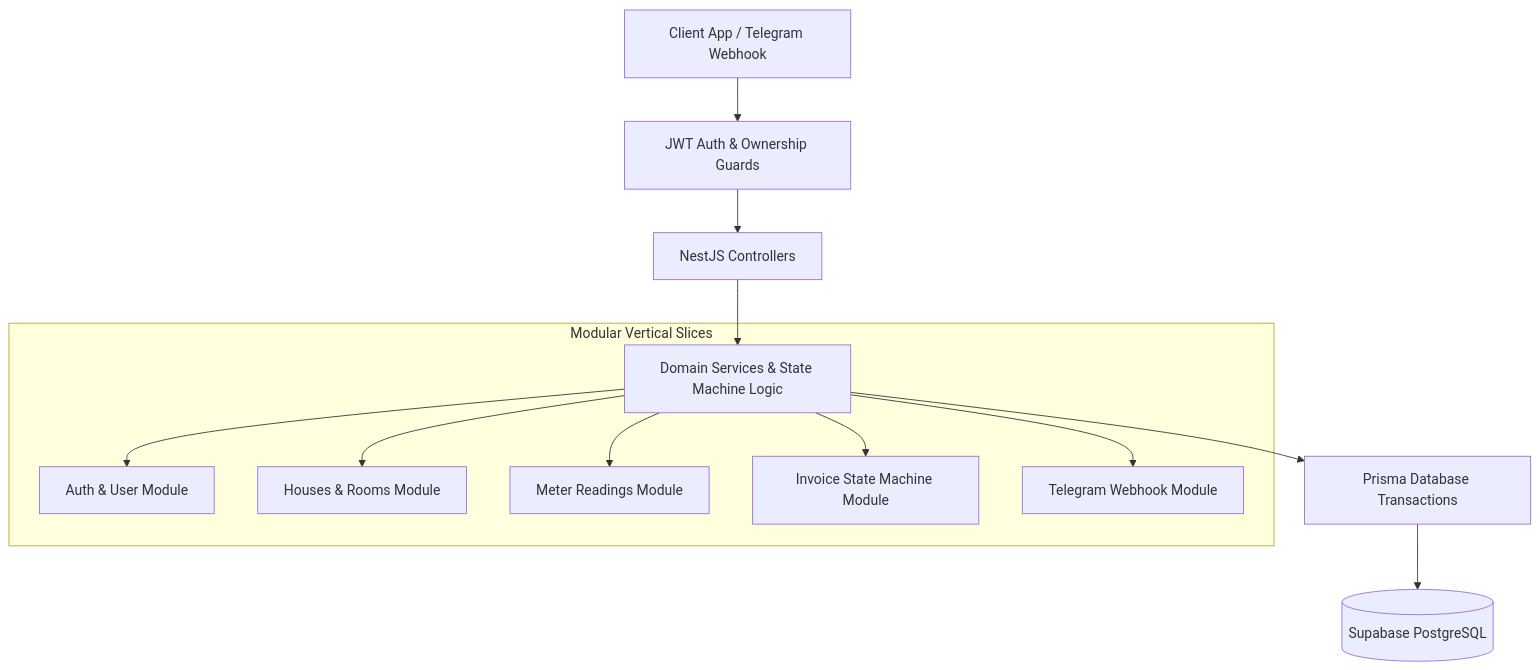
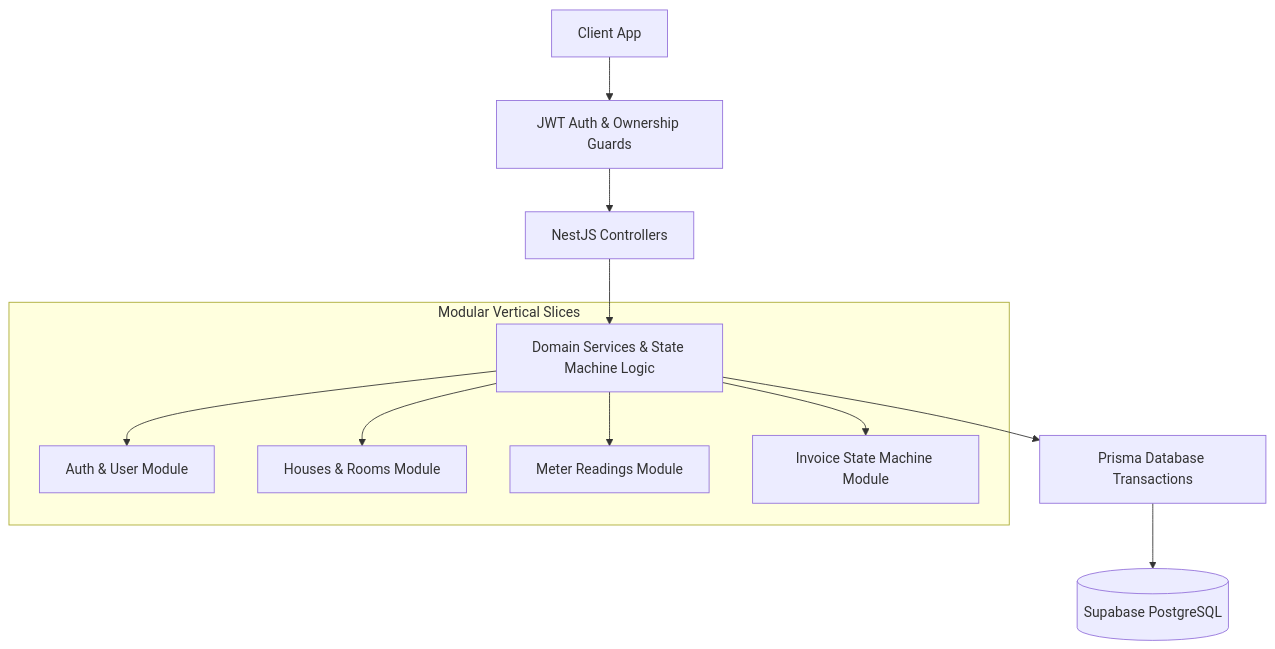
Before and after one commit to huyhhuy1410/boarding-house-manager-nestjs-rmk: the diagram in README.md, drawn with Mermaid. The commit also changed other lines of this file, not shown here.

First line of the commit message:
docs: drop the Telegram bot and room transfer claims

````diff
--- a/README.md
+++ b/README.md
@@ -29,16 +29,15 @@
 ```mermaid
 graph TD
-    Client[Client App / Telegram Webhook] --> Guards[JWT Auth & Ownership Guards]
+    Client[Client App] --> Guards[JWT Auth & Ownership Guards]
     Guards --> Nest[NestJS Controllers]
     Nest --> Services[Domain Services & State Machine Logic]
     Services --> Transactions[Prisma Database Transactions]
     Transactions --> Postgres[(Supabase PostgreSQL)]
     
     subgraph Modular Vertical Slices
         Services --> AuthModule[Auth & User Module]
         Services --> PropertyModule[Houses & Rooms Module]
         Services --> MeterModule[Meter Readings Module]
         Services --> InvoiceModule[Invoice State Machine Module]
-        Services --> TelegramModule[Telegram Webhook Module]
     end
 ```
````
